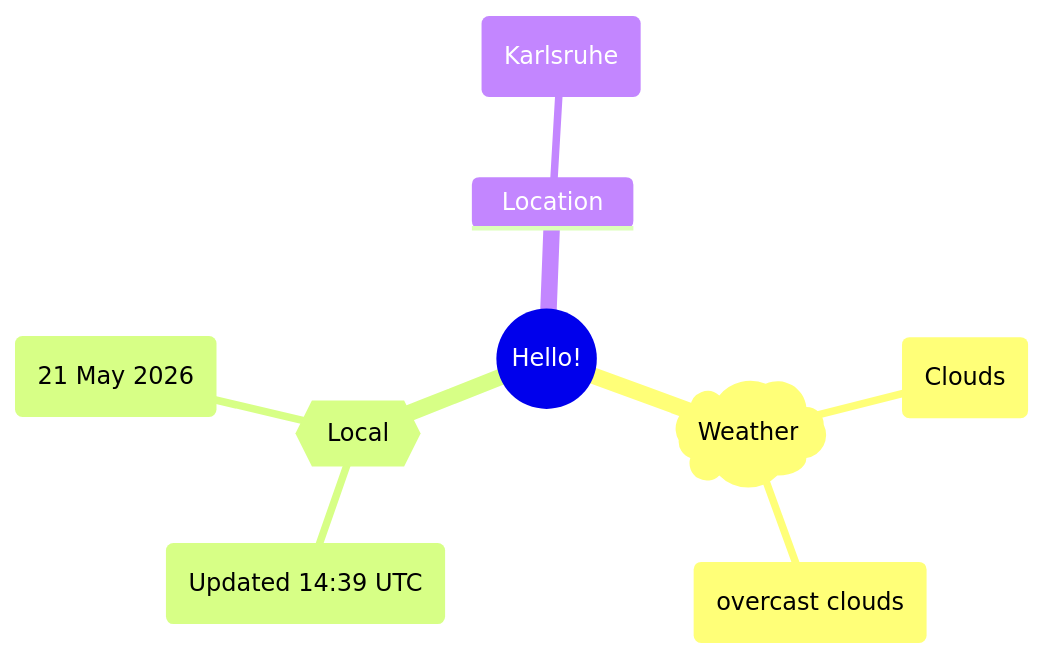
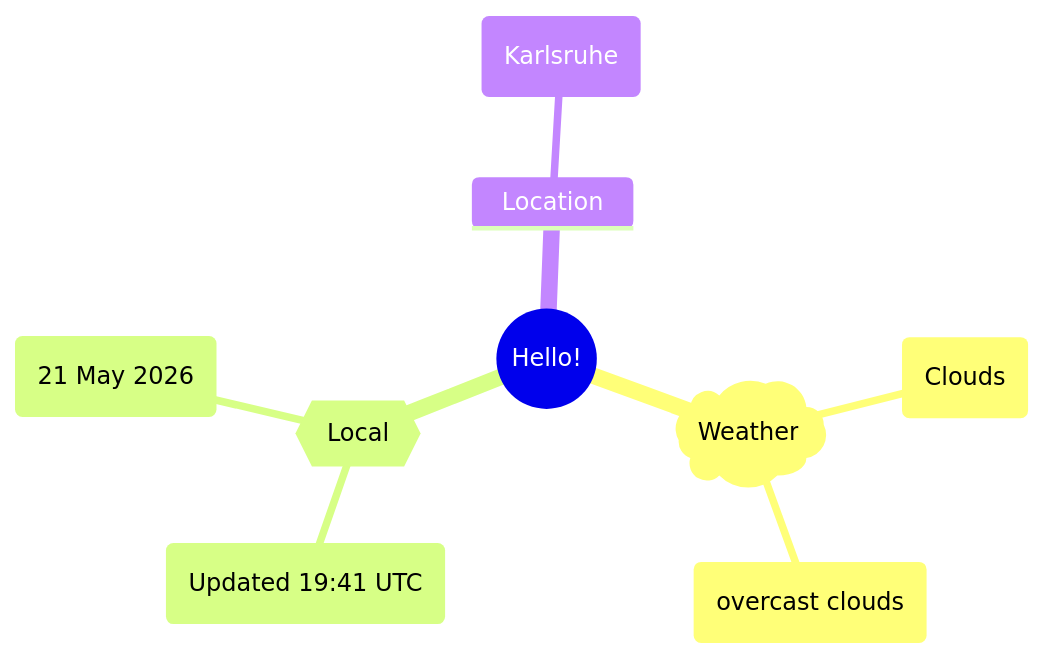
One commit to Xosrov/Xosrov changed the first of 2 diagrams in README.md. Above: the diagram before and after it, drawn with Mermaid.

Commit message:
[bot] updated images

````diff
--- a/README.md
+++ b/README.md
@@ -3,12 +3,12 @@
 ```mermaid
 mindmap
   root((Hello!))
     )Weather(
         (Clouds)
         (overcast clouds)
     {{Local}}
-        (Updated 14:39 UTC)
+        (Updated 19:41 UTC)
         (21 May 2026)
     Location
         (Karlsruhe)
 ```
````
